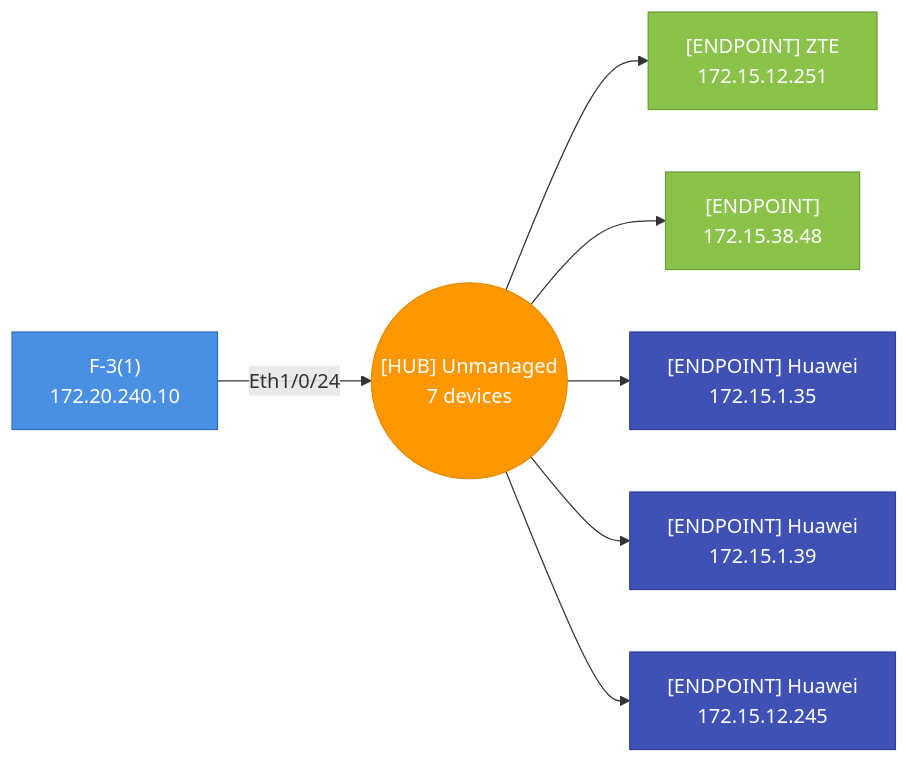
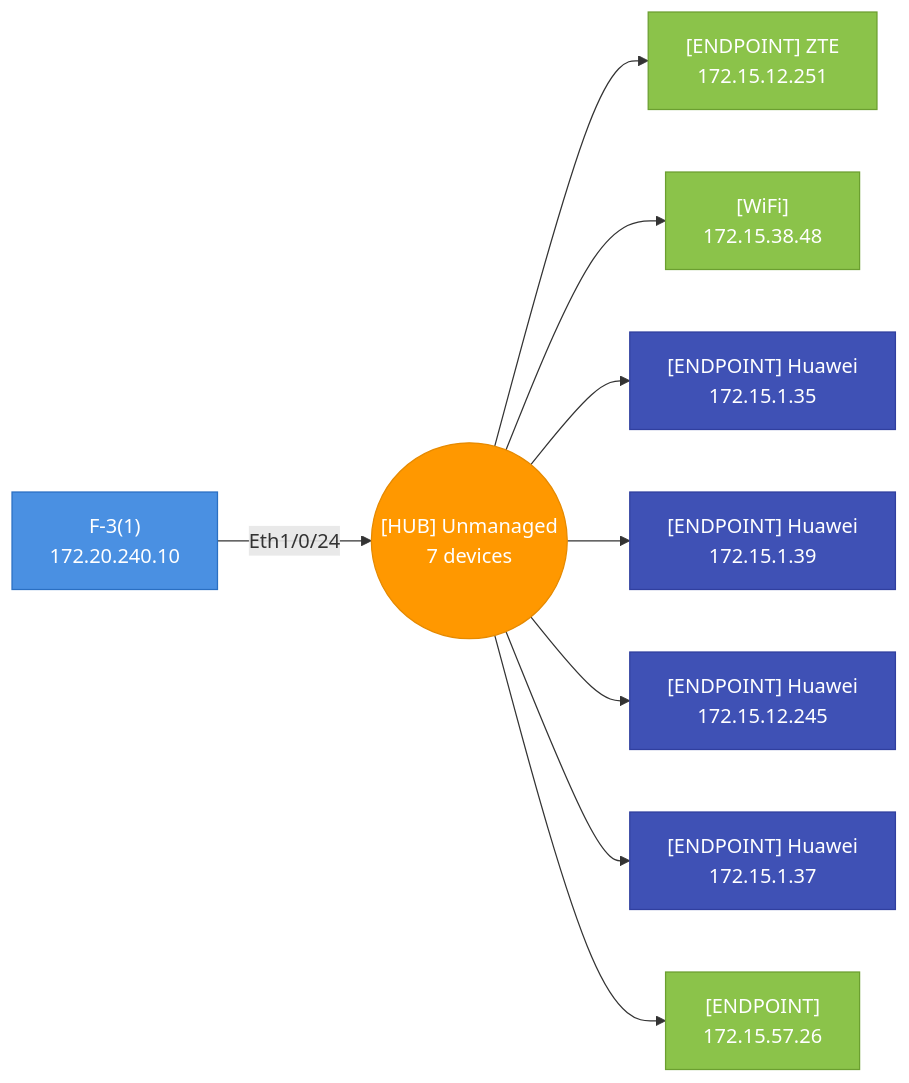
One commit to djamic/LLDP-Skanner-Go changed diagram 26 of 47 in testdata/golden/audit_default.md. Above: the diagram before and after it, drawn with Mermaid. The commit also changed other lines of this file and 12 other files, not shown here.

````diff
--- a/testdata/golden/audit_default.md
+++ b/testdata/golden/audit_default.md
@@ -1948,23 +2107,29 @@
 ```mermaid
 graph LR
   hub_f8f0827cf958_p24(("[HUB] Unmanaged<br>7 devices"))
   f8f0827cf958["F-3(1)<br>172.20.240.10"]
   f8f0827cf958-- "Eth1/0/24" -->hub_f8f0827cf958_p24
   style f8f0827cf958 fill:#4A90E2,stroke:#2A6FC2,color:#fff
   54af9782f4c5["[ENDPOINT] ZTE<br>172.15.12.251"]
   hub_f8f0827cf958_p24-->54af9782f4c5
   style 54af9782f4c5 fill:#8BC34A,stroke:#6B9F30,color:#fff
-  5e3df11768dc["[ENDPOINT]<br>172.15.38.48"]
+  5e3df11768dc["[WiFi]<br>172.15.38.48"]
   hub_f8f0827cf958_p24-->5e3df11768dc
   style 5e3df11768dc fill:#8BC34A,stroke:#6B9F30,color:#fff
   7845587c85bc["[ENDPOINT] Huawei<br>172.15.1.35"]
   hub_f8f0827cf958_p24-->7845587c85bc
   style 7845587c85bc fill:#3F51B5,stroke:#303F9F,color:#fff
   7845587c85d5["[ENDPOINT] Huawei<br>172.15.1.39"]
   hub_f8f0827cf958_p24-->7845587c85d5
   style 7845587c85d5 fill:#3F51B5,stroke:#303F9F,color:#fff
   7845587c87c8["[ENDPOINT] Huawei<br>172.15.12.245"]
   hub_f8f0827cf958_p24-->7845587c87c8
   style 7845587c87c8 fill:#3F51B5,stroke:#303F9F,color:#fff
+  7845587c88ed["[ENDPOINT] Huawei<br>172.15.1.37"]
+  hub_f8f0827cf958_p24-->7845587c88ed
+  style 7845587c88ed fill:#3F51B5,stroke:#303F9F,color:#fff
+  98597aa1f7d4["[ENDPOINT]<br>172.15.57.26"]
+  hub_f8f0827cf958_p24-->98597aa1f7d4
+  style 98597aa1f7d4 fill:#8BC34A,stroke:#6B9F30,color:#fff
   style hub_f8f0827cf958_p24 fill:#FF9800,stroke:#E68A00,color:#fff
 ```
````
